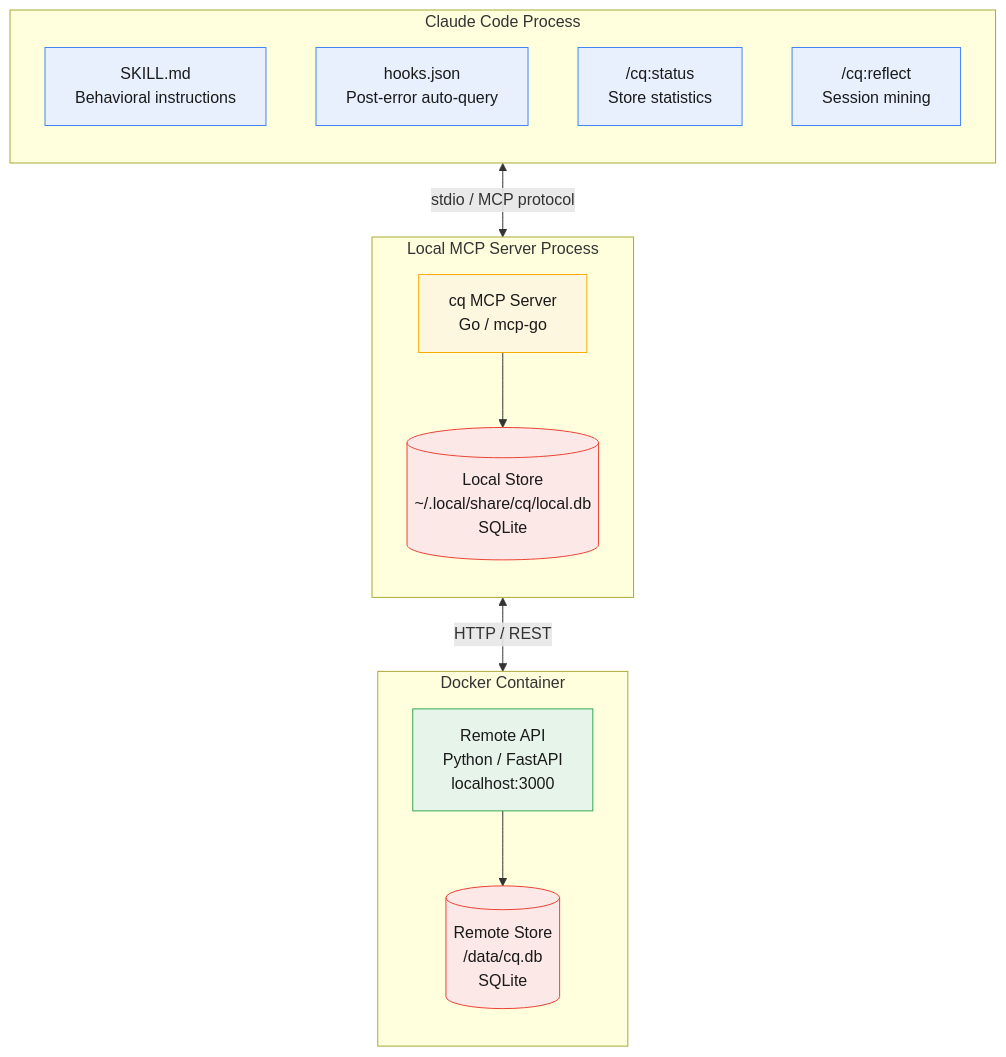
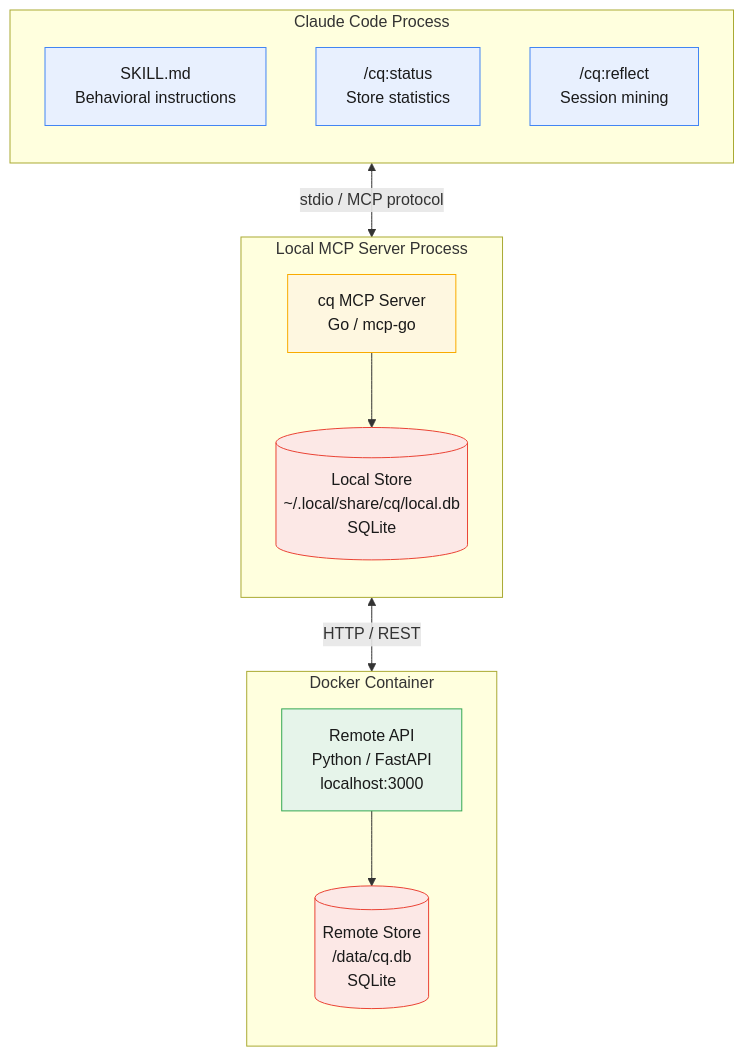
Before and after one commit to mozilla-ai/cq: the first of 8 diagrams in docs/architecture.md, drawn with Mermaid. The commit also changed other lines of this file and 2 other files, not shown here.

First line of the commit message:
docs: document SDK store protocol/interface and remove stale hooks references

````diff
--- a/docs/architecture.md
+++ b/docs/architecture.md
@@ -11,37 +11,36 @@
 ```mermaid
 flowchart TB
     subgraph cc["Claude Code Process"]
         direction TB
         skill["SKILL.md\nBehavioral instructions"]
-        hook["hooks.json\nPost-error auto-query"]
         cmd_status["/cq:status\nStore statistics"]
         cmd_reflect["/cq:reflect\nSession mining"]
     end
 
     subgraph mcp["Local MCP Server Process"]
         direction TB
         server["cq MCP Server\nGo / mcp-go"]
         local_db[("Local Store\n~/.local/share/cq/local.db\nSQLite")]
         server --> local_db
     end
 
     subgraph docker["Docker Container"]
         direction TB
         api["Remote API\nPython / FastAPI\nlocalhost:3000"]
         remote_db[("Remote Store\n/data/cq.db\nSQLite")]
         api --> remote_db
     end
 
     cc <-->|"stdio / MCP protocol"| mcp
     mcp <-->|"HTTP / REST"| docker
 
     classDef ccStyle fill:#e8f0fe,stroke:#4285f4,color:#1a1a1a
     classDef mcpStyle fill:#fef7e0,stroke:#f9ab00,color:#1a1a1a
     classDef dockerStyle fill:#e6f4ea,stroke:#34a853,color:#1a1a1a
     classDef dbStyle fill:#fce8e6,stroke:#ea4335,color:#1a1a1a
 
-    class skill,hook,cmd_status,cmd_reflect ccStyle
+    class skill,cmd_status,cmd_reflect ccStyle
     class server mcpStyle
     class api dockerStyle
     class local_db,remote_db dbStyle
 ```
````
